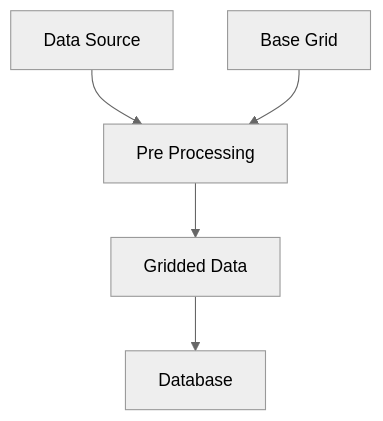
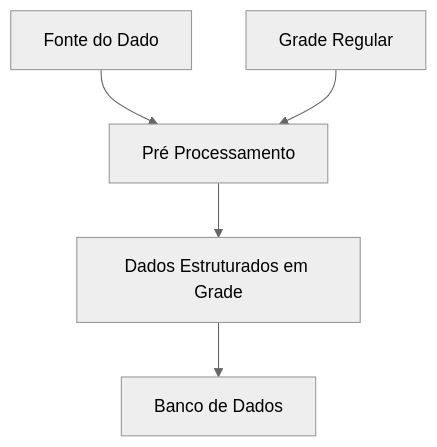
One commit to hugotseixas/tica-book changed the third of 4 diagrams in 02_methods.qmd. Above: the diagram before and after it, drawn with Mermaid (neutral theme). The commit also changed other lines of this file and 76 other files, not shown here.

````diff
--- a/02_methods.qmd
+++ b/02_methods.qmd
@@ -240,13 +233,13 @@
 ```{mermaid}
 %%| label: fig-data-diagram
-%%| fig-cap: Diagram of the process to create the project database.
+%%| fig-cap: Fluxo do processamento dos dados.
 %%| fig-responsive: true
 %%| fig-align: center
 
 flowchart TD
-    A[Data Source] --> E[Pre Processing]
-    B[Base Grid] --> E[Pre Processing]
-    E[Pre Processing] --> F[Gridded Data]
-    F[Gridded Data] --> G[Database]
+    A[Fonte do Dado] --> E[Pré Processamento]
+    B[Grade Regular] --> E
+    E --> F[Dados Estruturados em Grade]
+    F --> G[Banco de Dados]
 
 ```
````
